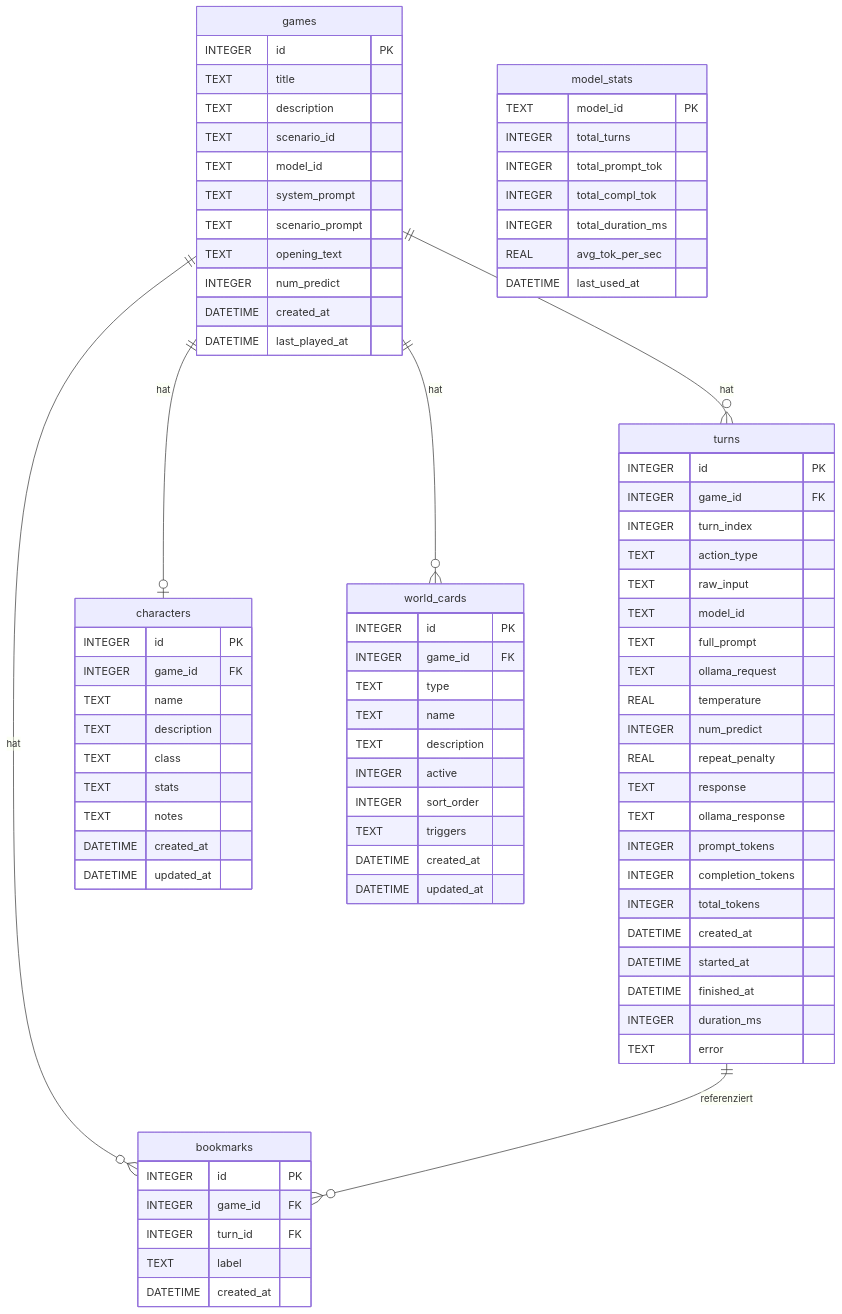
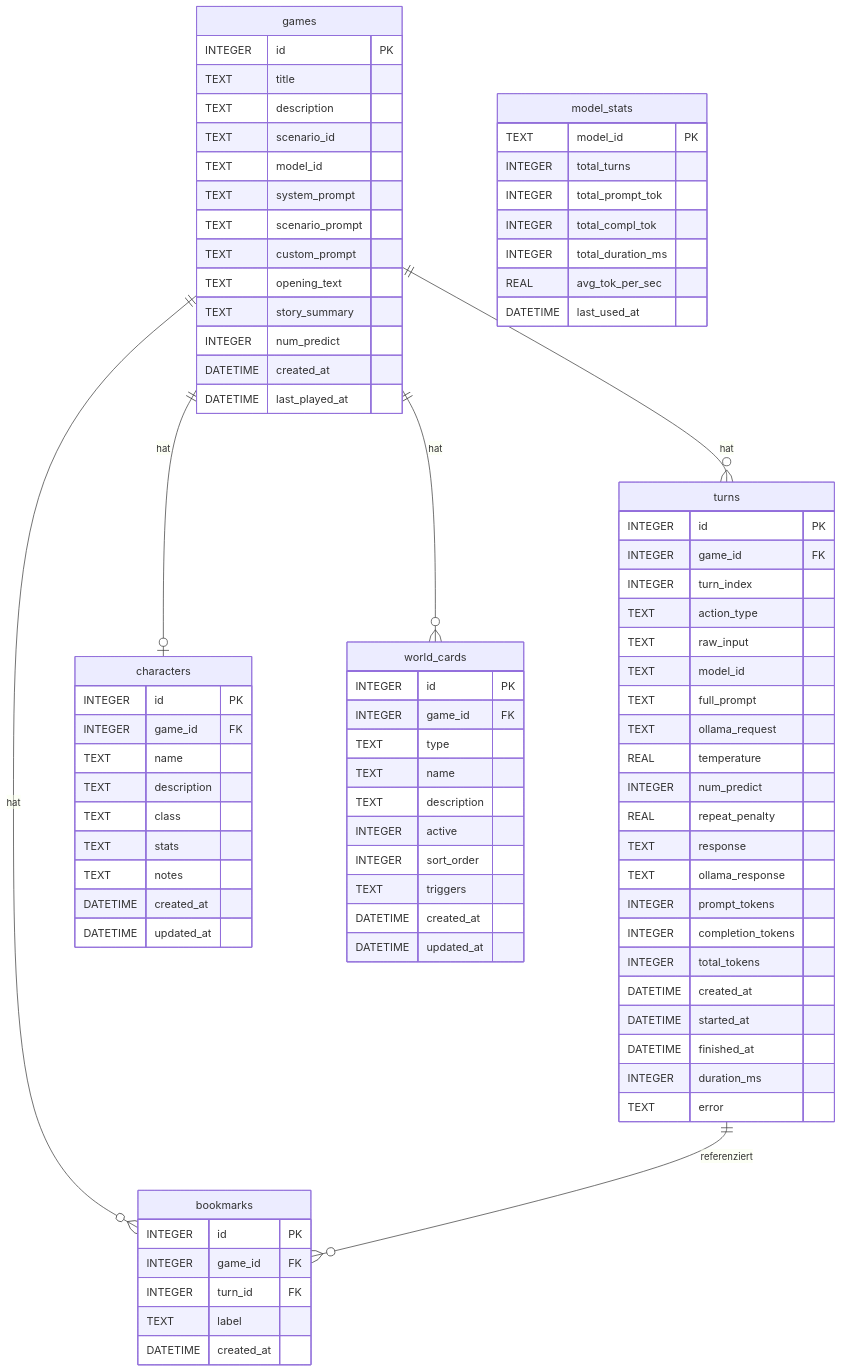
Before and after one commit to vreezy/storytelling: the diagram in datamodell.md, drawn with Mermaid. The commit also changed other lines of this file and 14 other files, not shown here.

```diff
--- a/datamodell.md
+++ b/datamodell.md
@@ -12,7 +12,9 @@
         TEXT model_id
         TEXT system_prompt
         TEXT scenario_prompt
+        TEXT custom_prompt
         TEXT opening_text
+        TEXT story_summary
         INTEGER num_predict
         DATETIME created_at
         DATETIME last_played_at
```
